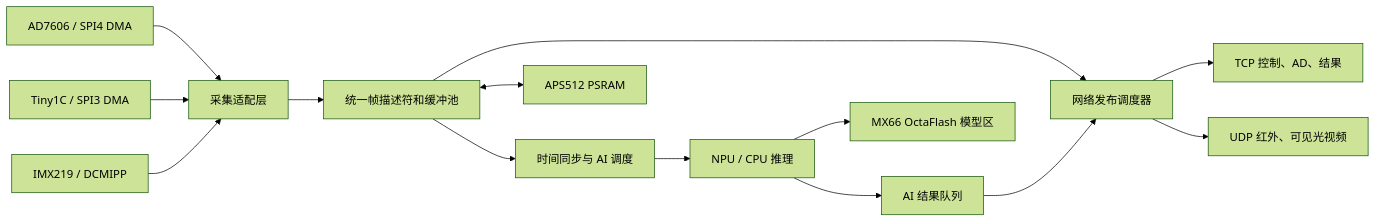
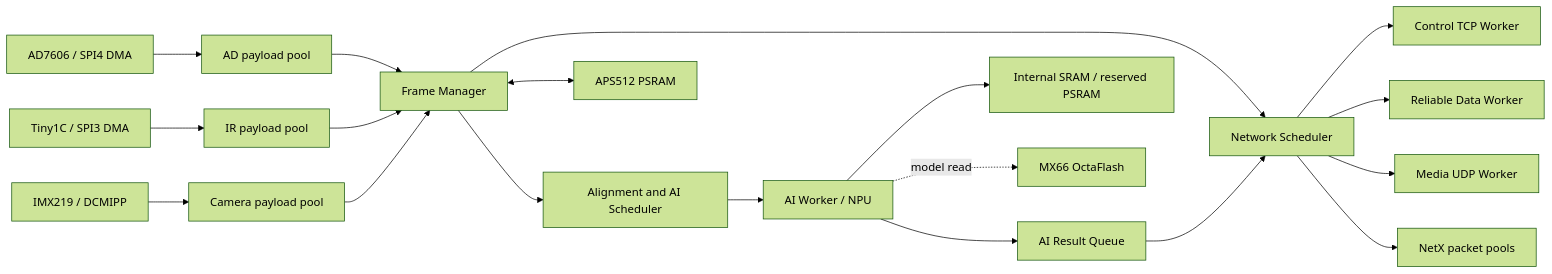
The diagram in variants/fsbl_appli_all/MULTIMODAL_ARCHITECTURE_PLAN_20260710.md (FRIENDA256/stm32N6_AI), drawn with Mermaid (forest theme) before and after one commit. The commit also changed other lines of this file and 14 other files, not shown here.

Commit message:
Stabilize multimodal Ethernet and document AI architecture

````diff
--- a/variants/fsbl_appli_all/MULTIMODAL_ARCHITECTURE_PLAN_20260710.md
+++ b/variants/fsbl_appli_all/MULTIMODAL_ARCHITECTURE_PLAN_20260710.md
@@ -81,20 +139,26 @@
 ```mermaid
 flowchart LR
-    AD["AD7606 / SPI4 DMA"] --> CAP["采集适配层"]
-    IR["Tiny1C / SPI3 DMA"] --> CAP
-    CAM["IMX219 / DCMIPP"] --> CAP
+    AD["AD7606 / SPI4 DMA"] --> ADP["AD payload pool"]
+    IR["Tiny1C / SPI3 DMA"] --> IRP["IR payload pool"]
+    CAM["IMX219 / DCMIPP"] --> CAMP["Camera payload pool"]
 
-    CAP --> POOL["统一帧描述符和缓冲池"]
-    POOL --> SYNC["时间同步与 AI 调度"]
-    POOL --> NET["网络发布调度器"]
+    ADP --> BM["Frame Manager"]
+    IRP --> BM
+    CAMP --> BM
 
-    SYNC --> NPU["NPU / CPU 推理"]
-    NPU --> RESULT["AI 结果队列"]
-    RESULT --> NET
+    BM --> AS["Alignment and AI Scheduler"]
+    BM --> NS["Network Scheduler"]
 
-    POOL <--> PSRAM["APS512 PSRAM"]
-    NPU --> FLASH["MX66 OctaFlash 模型区"]
+    AS --> AI["AI Worker / NPU"]
+    AI --> RQ["AI Result Queue"]
+    RQ --> NS
 
-    NET --> TCP["TCP 控制、AD、结果"]
-    NET --> UDP["UDP 红外、可见光视频"]
+    NS --> CTRL["Control TCP Worker"]
+    NS --> REL["Reliable Data Worker"]
+    NS --> MEDIA["Media UDP Worker"]
+
+    BM <--> PSRAM["APS512 PSRAM"]
+    AI --> ACT["Internal SRAM / reserved PSRAM"]
+    AI -. model read .-> FLASH["MX66 OctaFlash"]
+    NS --> NX["NetX packet pools"]
 ```
````
